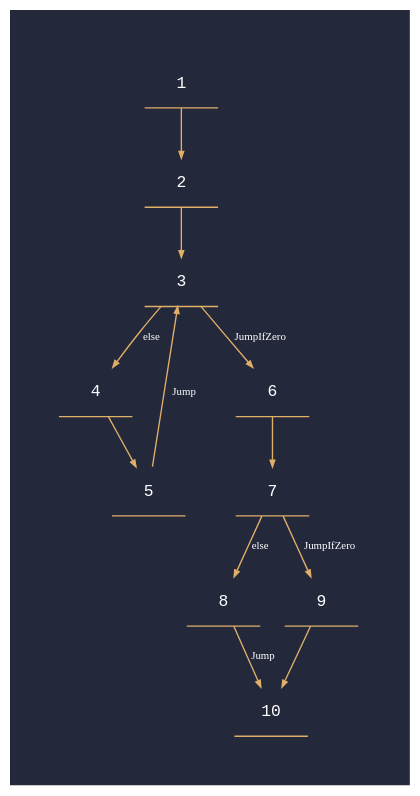
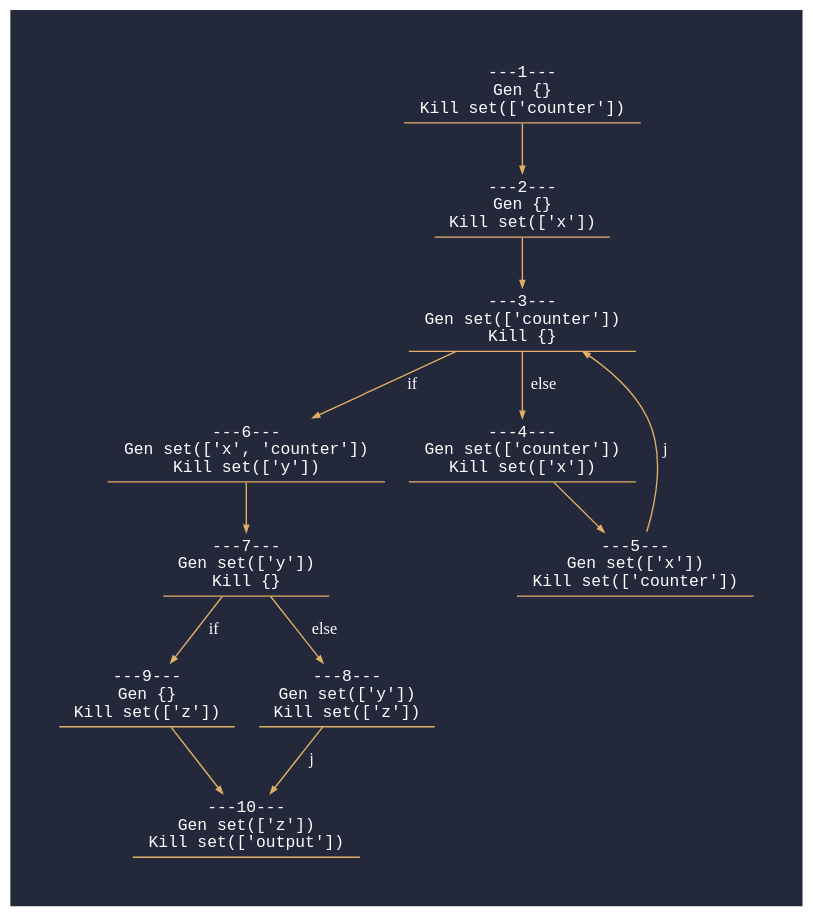
The diagram in programs/dot-files/arith.cfg.dot (jorgeypcb/ImpCodeGenerator), drawn with Graphviz before and after one commit. The commit also changed 32 other files, not shown here.

```diff
--- a/programs/dot-files/arith.cfg.dot
+++ b/programs/dot-files/arith.cfg.dot
@@ -1,25 +1,93 @@
 digraph "arith.cfg" {
 	graph [bgcolor="#24283B" pad=0.5]
 	node [color="#E0AF68" fontcolor="#ffffff" fontname="Hack, monospace" fontsize=12 shape=underline]
-	edge [arrowsize=0.5 color="#E0AF68" fontcolor="#ffffff" fontsize=8]
-	1
-	2
-	3
-	4
-	5
-	6
-	7
-	8
-	9
-	1 -> 2 [label=""]
-	2 -> 3 [label=""]
-	3 -> 4 [label=else]
-	3 -> 6 [label=JumpIfZero]
-	4 -> 5 [label=""]
-	5 -> 3 [label=Jump]
-	6 -> 7 [label=""]
-	7 -> 8 [label=else]
-	7 -> 9 [label=JumpIfZero]
-	8 -> 10 [label=Jump]
-	9 -> 10 [label=""]
+	edge [arrowsize=0.5 color="#E0AF68" fontcolor="#ffffff" fontsize=12]
+	"---2---
+Gen {}
+Kill set(['x'])"
+	"---6---
+Gen set(['x', 'counter'])
+Kill set(['y'])"
+	"---4---
+Gen set(['counter'])
+Kill set(['x'])"
+	"---3---
+Gen set(['counter'])
+Kill {}"
+	"---3---
+Gen set(['counter'])
+Kill {}"
+	"---5---
+Gen set(['x'])
+Kill set(['counter'])"
+	"---9---
+Gen {}
+Kill set(['z'])"
+	"---8---
+Gen set(['y'])
+Kill set(['z'])"
+	"---7---
+Gen set(['y'])
+Kill {}"
+	"---10---
+Gen set(['z'])
+Kill set(['output'])"
+	"---10---
+Gen set(['z'])
+Kill set(['output'])"
+	"---1---
+Gen {}
+Kill set(['counter'])" -> "---2---
+Gen {}
+Kill set(['x'])" [label=""]
+	"---3---
+Gen set(['counter'])
+Kill {}" -> "---6---
+Gen set(['x', 'counter'])
+Kill set(['y'])" [label=" if "]
+	"---3---
+Gen set(['counter'])
+Kill {}" -> "---4---
+Gen set(['counter'])
+Kill set(['x'])" [label=" else "]
+	"---2---
+Gen {}
+Kill set(['x'])" -> "---3---
+Gen set(['counter'])
+Kill {}" [label=""]
+	"---5---
+Gen set(['x'])
+Kill set(['counter'])" -> "---3---
+Gen set(['counter'])
+Kill {}" [label=" j "]
+	"---4---
+Gen set(['counter'])
+Kill set(['x'])" -> "---5---
+Gen set(['x'])
+Kill set(['counter'])" [label=""]
+	"---7---
+Gen set(['y'])
+Kill {}" -> "---9---
+Gen {}
+Kill set(['z'])" [label=" if "]
+	"---7---
+Gen set(['y'])
+Kill {}" -> "---8---
+Gen set(['y'])
+Kill set(['z'])" [label=" else "]
+	"---6---
+Gen set(['x', 'counter'])
+Kill set(['y'])" -> "---7---
+Gen set(['y'])
+Kill {}" [label=""]
+	"---9---
+Gen {}
+Kill set(['z'])" -> "---10---
+Gen set(['z'])
+Kill set(['output'])" [label=""]
+	"---8---
+Gen set(['y'])
+Kill set(['z'])" -> "---10---
+Gen set(['z'])
+Kill set(['output'])" [label=" j "]
 }
```
